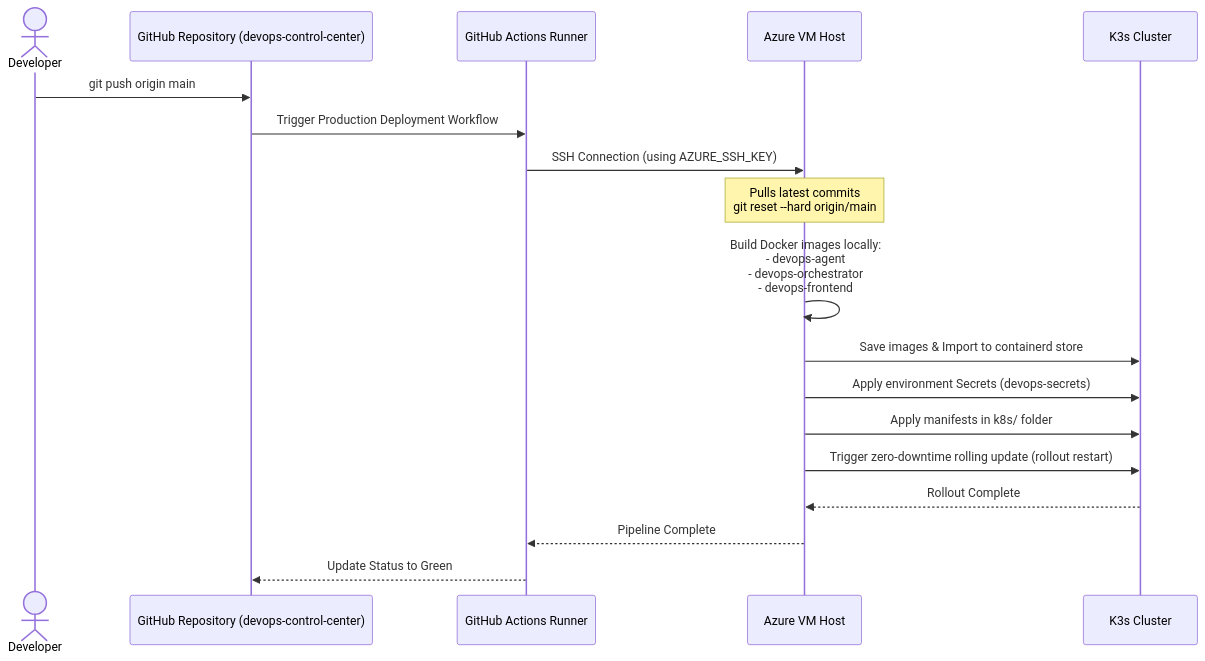
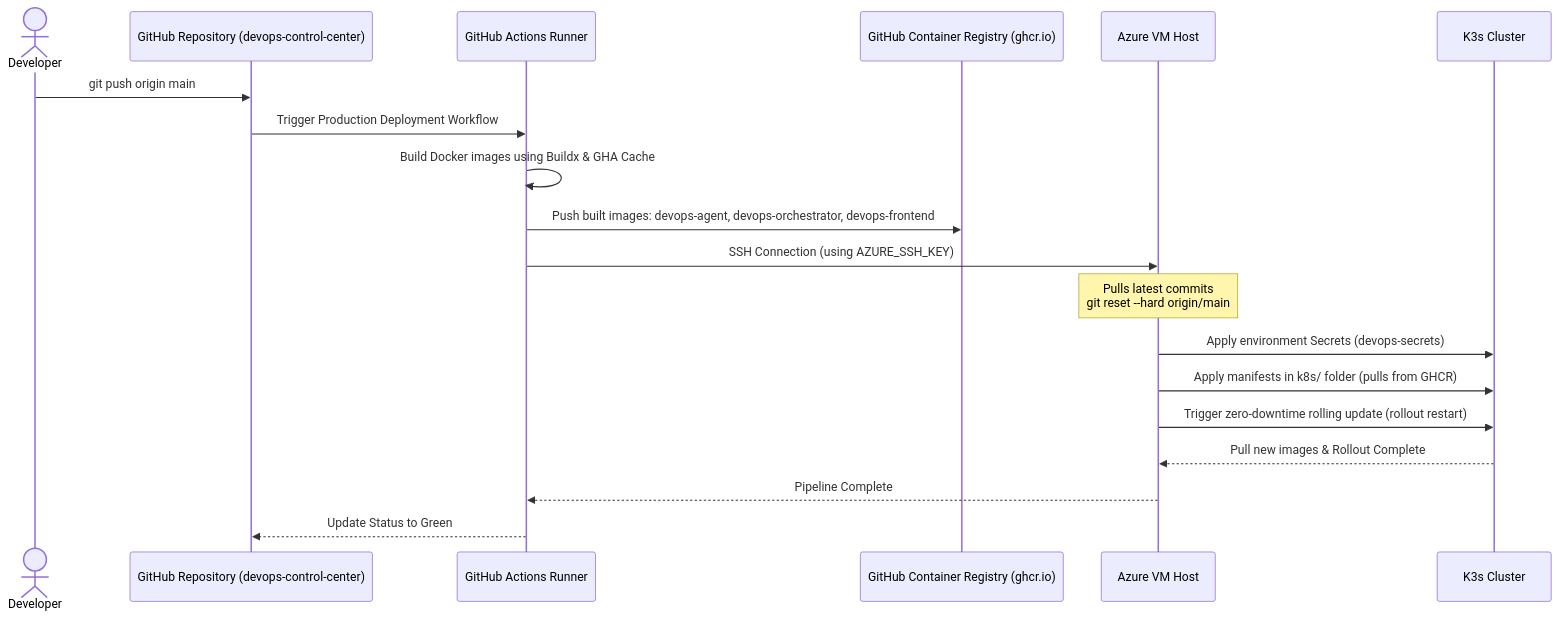
Before and after one commit to mattDev0/devops-control-center: the second of 2 diagrams in README.md, drawn with Mermaid. The commit also changed other lines of this file, not shown here.

Commit message:
docs: update README with new GHCR workflow and backlog fixes

````diff
--- a/README.md
+++ b/README.md
@@ -136,21 +136,22 @@
 ```mermaid
 sequenceDiagram
     actor Developer
     participant GitHub as GitHub Repository (devops-control-center)
     participant Runner as GitHub Actions Runner
+    participant GHCR as GitHub Container Registry (ghcr.io)
     participant VM as Azure VM Host
     participant K3s as K3s Cluster
 
     Developer->>GitHub: git push origin main
     GitHub->>Runner: Trigger Production Deployment Workflow
+    Runner->>Runner: Build Docker images using Buildx & GHA Cache
+    Runner->>GHCR: Push built images: devops-agent, devops-orchestrator, devops-frontend
     Runner->>VM: SSH Connection (using AZURE_SSH_KEY)
     Note over VM: Pulls latest commits<br/>git reset --hard origin/main
-    VM->>VM: Build Docker images locally:<br/>- devops-agent<br/>- devops-orchestrator<br/>- devops-frontend
-    VM->>K3s: Save images & Import to containerd store
     VM->>K3s: Apply environment Secrets (devops-secrets)
-    VM->>K3s: Apply manifests in k8s/ folder
+    VM->>K3s: Apply manifests in k8s/ folder (pulls from GHCR)
     VM->>K3s: Trigger zero-downtime rolling update (rollout restart)
-    K3s-->>VM: Rollout Complete
+    K3s-->>VM: Pull new images & Rollout Complete
     VM-->>Runner: Pipeline Complete
     Runner-->>GitHub: Update Status to Green
 ```
````
